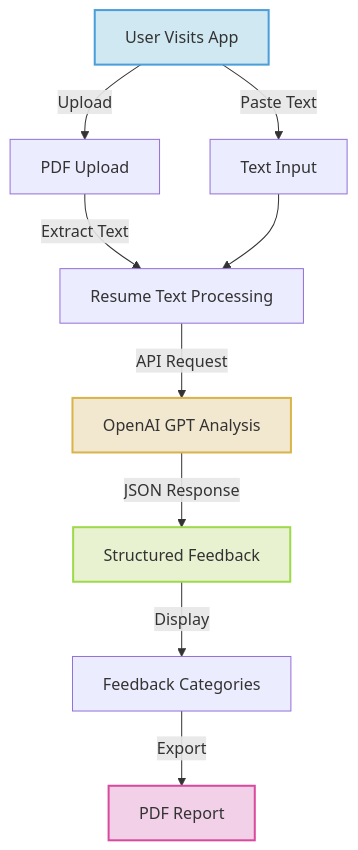
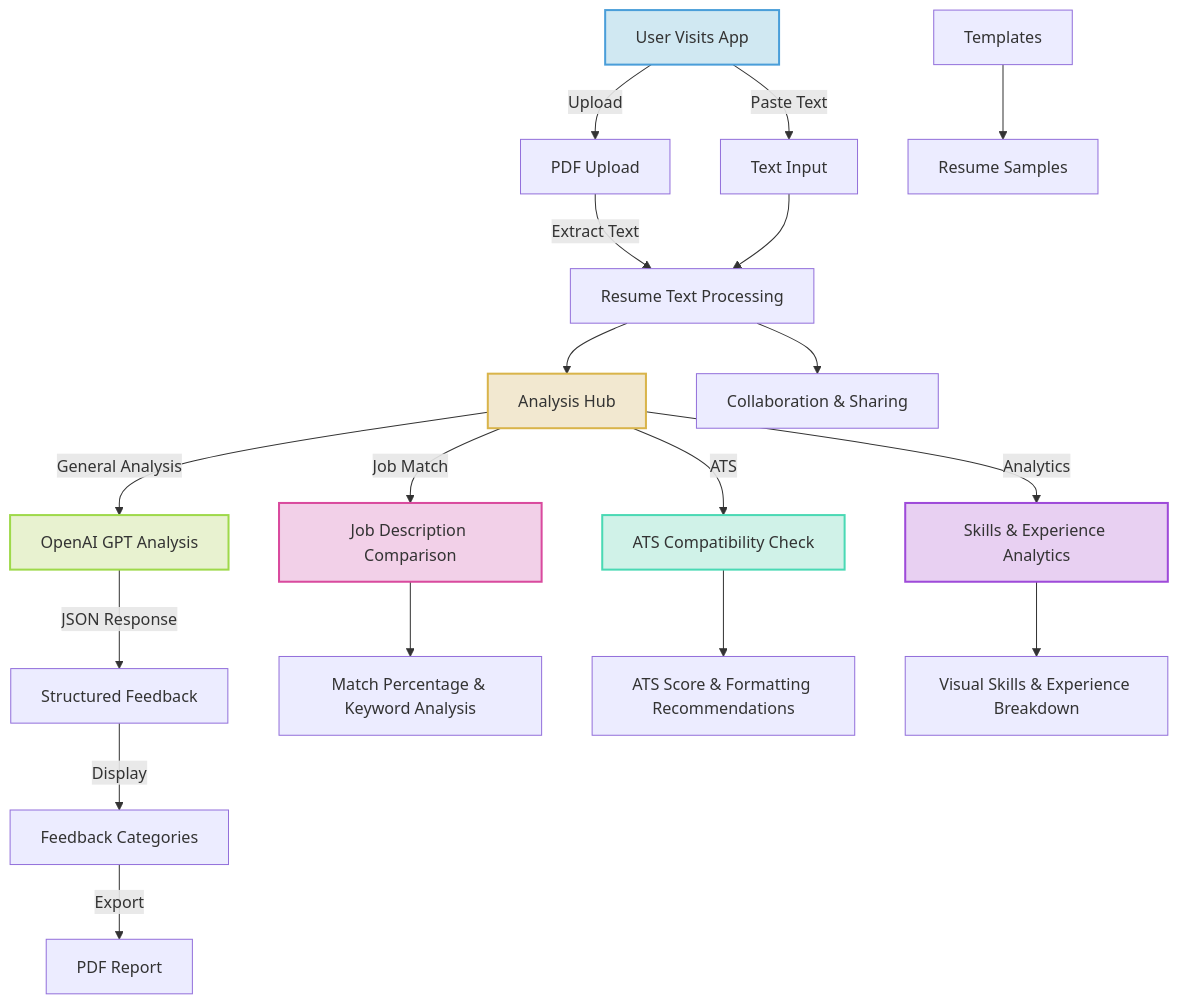
The diagram in README.md (tejas-jadhav-cse/Resume-Feedback-Generator), drawn with Mermaid before and after one commit. The commit also changed other lines of this file and 8 other files, not shown here.

````diff
--- a/README.md
+++ b/README.md
@@ -127,16 +163,31 @@
 ```mermaid
 graph TD
     A[User Visits App] -->|Upload| B[PDF Upload]
     A -->|Paste Text| C[Text Input]
     B -->|Extract Text| D[Resume Text Processing]
     C --> D
-    D -->|API Request| E[OpenAI GPT Analysis]
-    E -->|JSON Response| F[Structured Feedback]
-    F -->|Display| G[Feedback Categories]
-    G -->|Export| H[PDF Report]
+    D --> E[Analysis Hub]
+    
+    E -->|General Analysis| F[OpenAI GPT Analysis]
+    E -->|Job Match| J[Job Description Comparison]
+    E -->|ATS| K[ATS Compatibility Check]
+    E -->|Analytics| L[Skills & Experience Analytics]
+    
+    F -->|JSON Response| G[Structured Feedback]
+    J --> M[Match Percentage & Keyword Analysis]
+    K --> N[ATS Score & Formatting Recommendations]
+    L --> O[Visual Skills & Experience Breakdown]
+    
+    G -->|Display| H[Feedback Categories]
+    H -->|Export| I[PDF Report]
+    
+    P[Templates] --> Q[Resume Samples]
+    D --> R[Collaboration & Sharing]
     
     style A fill:#d0e8f2,stroke:#4a9ed9,stroke-width:2px
     style E fill:#f2e8d0,stroke:#d9b44a,stroke-width:2px
     style F fill:#e8f2d0,stroke:#9ed94a,stroke-width:2px
-    style H fill:#f2d0e8,stroke:#d94a9e,stroke-width:2px
+    style J fill:#f2d0e8,stroke:#d94a9e,stroke-width:2px
+    style K fill:#d0f2e8,stroke:#4ad9b4,stroke-width:2px
+    style L fill:#e8d0f2,stroke:#9e4ad9,stroke-width:2px
 ```
````
